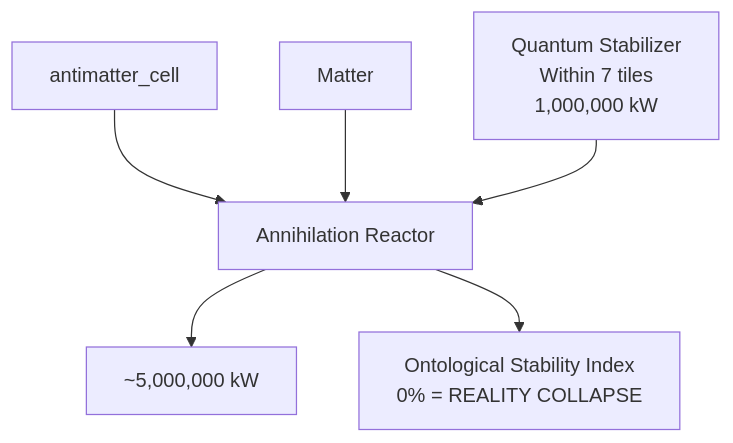
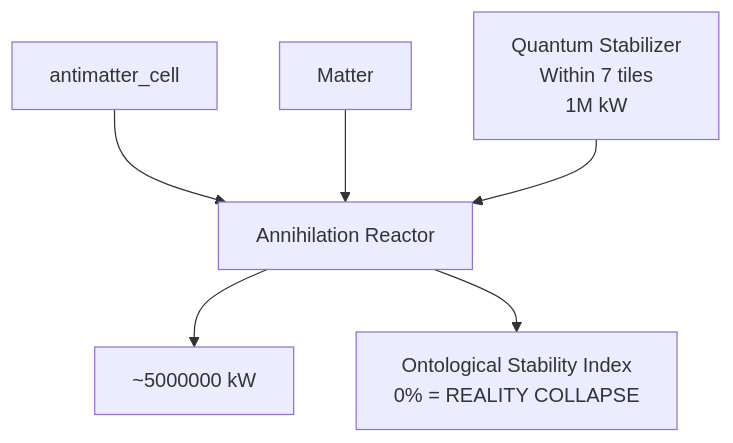
One commit to pourgb/root.works changed diagram 21 of 28 in WIKI.md. Above: the diagram before and after it, drawn with Mermaid. The commit also changed other lines of this file, not shown here.

Commit message:
FUCK MERMAID, FUCK THE GUY WHO INVENTED MERMAID BULLSHIT

````diff
--- a/WIKI.md
+++ b/WIKI.md
@@ -745,8 +745,8 @@
 ```mermaid
 flowchart TD
     AntimatterCell[antimatter_cell] --> Annihilator[Annihilation Reactor]
     Matter --> Annihilator
-    QStabilizer["Quantum Stabilizer<br/>Within 7 tiles<br/>1,000,000 kW"] --> Annihilator
-    Annihilator --> VastPower["~5,000,000 kW"]
+    QStabilizer["Quantum Stabilizer<br/>Within 7 tiles<br/>1M kW"] --> Annihilator
+    Annihilator --> VastPower["~5000000 kW"]
     Annihilator --> OntologicalIndex["Ontological Stability Index<br/> 0% = REALITY COLLAPSE"]
 ```
````
